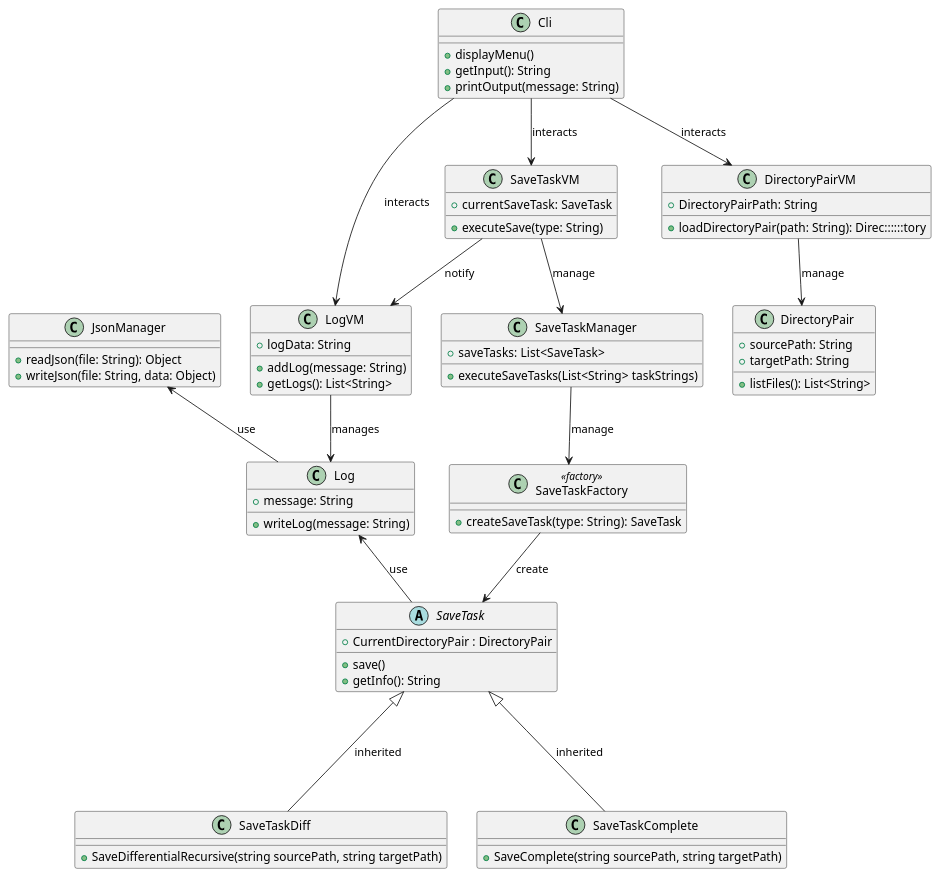
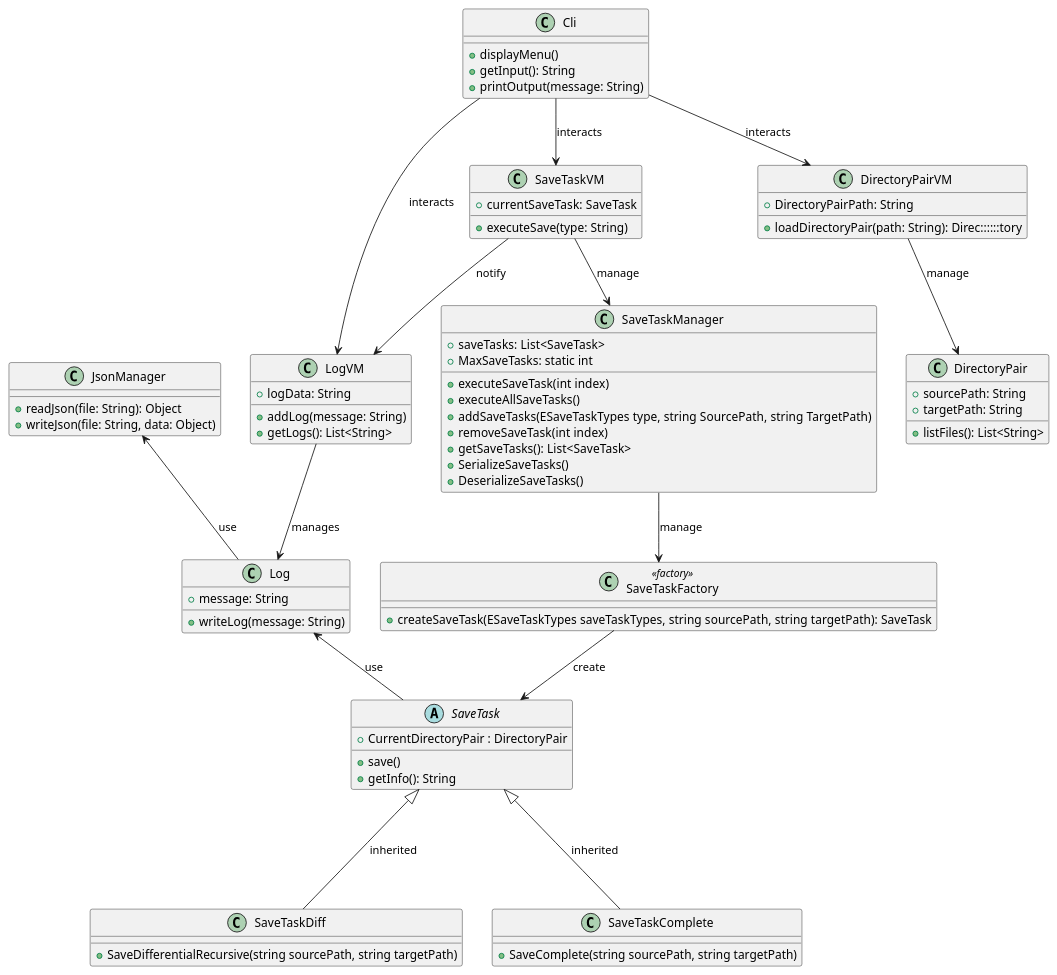
The diagram in livrable_1.puml (NoahAldahan/FISA_A3_GL_Aldahan), drawn with PlantUML before and after one commit. The commit also changed 10 other files, not shown here.

Commit message:
feat(logic): Added a SaveTaskFactory, a SaveTaskManager, and serialization to save and load save task configs, updated class uml graph

```diff
--- a/livrable_1.puml
+++ b/livrable_1.puml
@@ -1,84 +1,91 @@
 @startuml
 /' Model '/
 class SaveTaskFactory <<factory>> {
-    +createSaveTask(type: String): SaveTask
+    +createSaveTask(ESaveTaskTypes saveTaskTypes, string sourcePath, string targetPath): SaveTask
 }
 
 abstract class SaveTask {
     +CurrentDirectoryPair : DirectoryPair
     +save()
     +getInfo(): String
 }
 
 class SaveTaskDiff {
     +SaveDifferentialRecursive(string sourcePath, string targetPath)
 }
 
 class SaveTaskComplete {
     +SaveComplete(string sourcePath, string targetPath)
 }
 
 class DirectoryPair {
     +sourcePath: String
     +targetPath: String
     +listFiles(): List<String>
 }
 
 class SaveTaskManager{
     +saveTasks: List<SaveTask>
-    +executeSaveTasks(List<String> taskStrings)
+    +MaxSaveTasks: static int 
+    +executeSaveTask(int index)
+    +executeAllSaveTasks()
+    +addSaveTasks(ESaveTaskTypes type, string SourcePath, string TargetPath)
+    +removeSaveTask(int index)
+    +getSaveTasks(): List<SaveTask>
+    +SerializeSaveTasks()
+    +DeserializeSaveTasks()
 }
 
 class Log {
     +message: String
     +writeLog(message: String)
 }
 
 class JsonManager {
     +readJson(file: String): Object
     +writeJson(file: String, data: Object)
 }
 
 /' ViewModel '/
 class LogVM {
     +logData: String
     +addLog(message: String)
     +getLogs(): List<String>
 }
 
 class SaveTaskVM {
     +currentSaveTask: SaveTask
     +executeSave(type: String)
 }
 
 class DirectoryPairVM {
     +DirectoryPairPath: String
     +loadDirectoryPair(path: String): Direc::::::tory
 }
 
 /' View '/
 class Cli {
     +displayMenu()
     +getInput(): String
     +printOutput(message: String)
 }
 
 /' Relations '/
 SaveTaskFactory --> SaveTask : "create"
 SaveTask <|--- SaveTaskDiff : "inherited"
 SaveTask <|--- SaveTaskComplete : "inherited"
 
 Log <-- SaveTask : "use"
 JsonManager <-- Log : "use"
 
 SaveTaskVM --> SaveTaskManager : "manage"
 SaveTaskManager --> SaveTaskFactory : "manage"
 SaveTaskVM --> LogVM : "notify"
 DirectoryPairVM --> DirectoryPair : "manage"
 
 LogVM --> Log : "manages"
 
 Cli --> SaveTaskVM : "interacts"
 Cli --> LogVM : "interacts"
 Cli --> DirectoryPairVM : "interacts"
 @enduml
```
